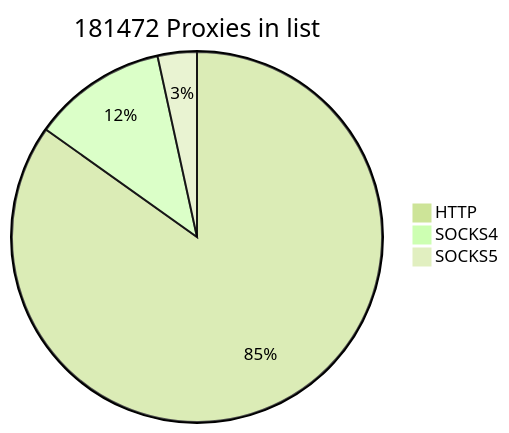
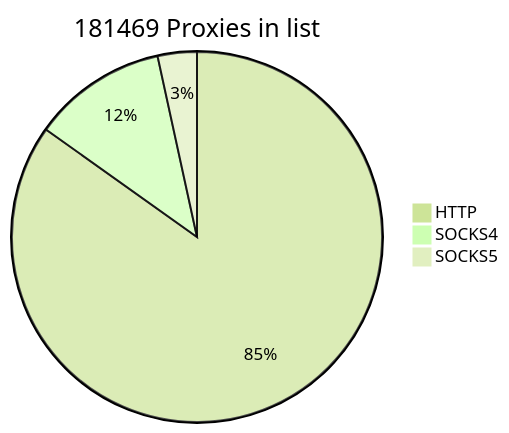
One commit to cutipu/proxylist changed the first of 2 diagrams in README.md. Above: the diagram before and after it, drawn with Mermaid (forest theme). The commit also changed other lines of this file, not shown here.

````diff
--- a/README.md
+++ b/README.md
@@ -2,7 +2,7 @@
 ```mermaid
-pie title 181472 Proxies in list
+pie title 181469 Proxies in list
     "HTTP" : 153972
-    "SOCKS4" : 21295
-    "SOCKS5" : 6205
+    "SOCKS4" : 21293
+    "SOCKS5" : 6204
             
 ```
````
